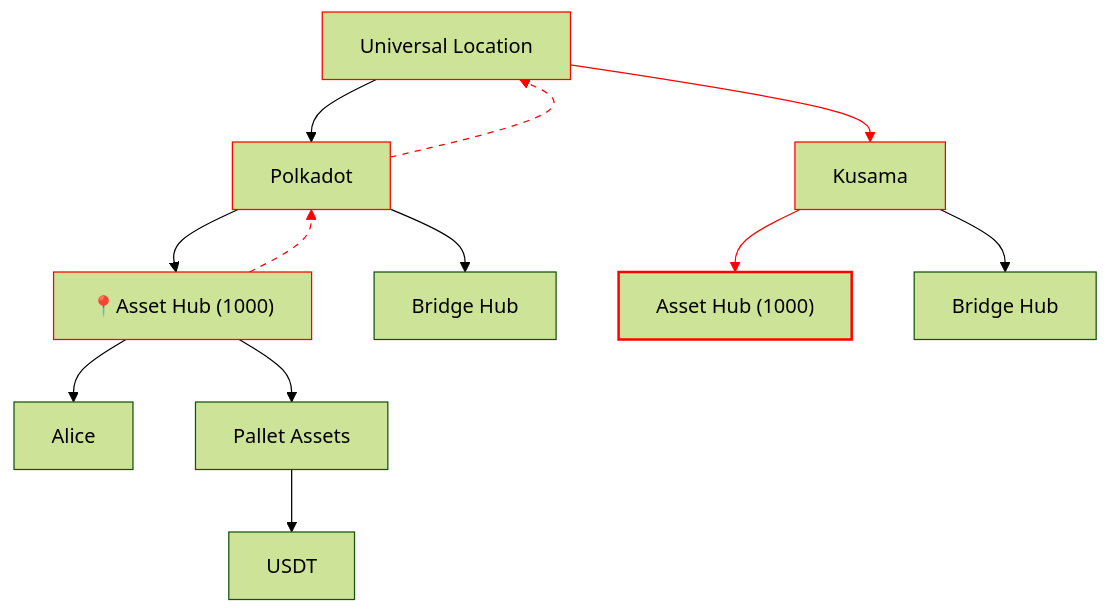
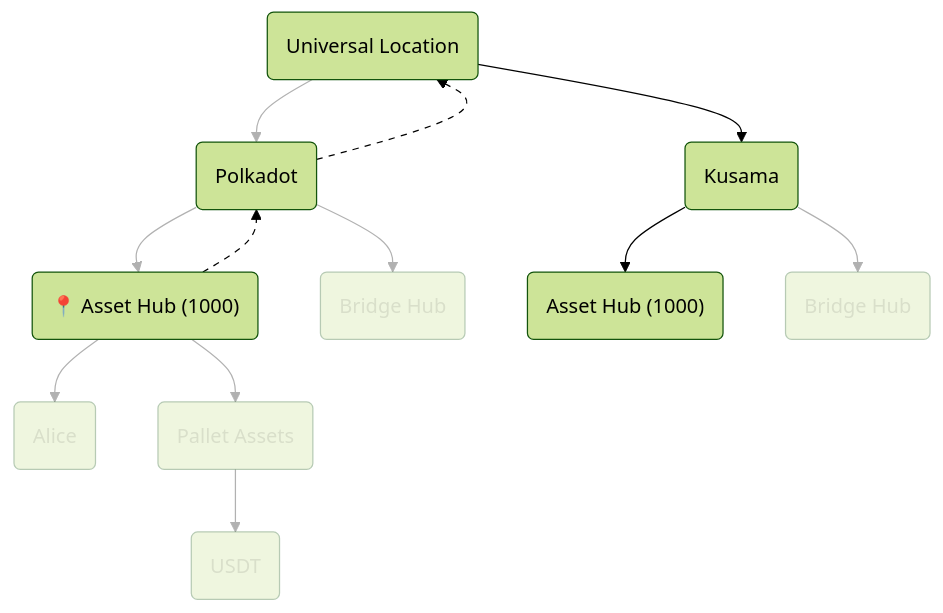
Before and after one commit to Polkadot-Blockchain-Academy/pba-content: diagram 12 of 20 in syllabus/7-XCM/1-Core_Concepts_of_XCM/Core_Concepts_of_XCM_slides.md, drawn with Mermaid (forest theme). The commit also changed other lines of this file and 1 other file, not shown here.

Commit message:
Change mermaidjs theme

````diff
--- a/syllabus/7-XCM/1-Core_Concepts_of_XCM/Core_Concepts_of_XCM_slides.md
+++ b/syllabus/7-XCM/1-Core_Concepts_of_XCM/Core_Concepts_of_XCM_slides.md
@@ -502,23 +516,24 @@
 ```mermaid
 graph TD
-    Universe[Universal Location]-->Polkadot
-    Universe-->Kusama
-    Polkadot-->PolkaA["📍Asset Hub (1000)"]
-    Polkadot-->PolkaB[Bridge Hub]
-    PolkaA-->Alice
-    PolkaA-->AssetsPallet[Pallet Assets]
-    AssetsPallet-->Asset[USDT]
-    Kusama-->KusamA["Asset Hub (1000)"]
-    Kusama-->KusamB[Bridge Hub]
+    Universe(Universal Location)-->Polkadot(Polkadot)
+    Universe-->Kusama(Kusama)
+    Polkadot-->PolkaA("📍 Asset Hub (1000)")
+    Polkadot-->PolkaB(Bridge Hub):::disabled
+    PolkaA-->Alice(Alice):::disabled
+    PolkaA-->AssetsPallet(Pallet Assets):::disabled
+    AssetsPallet-->Asset(USDT):::disabled
+    Kusama-->KusamA("Asset Hub (1000)")
+    Kusama-->KusamB(Bridge Hub):::disabled
     PolkaA-->Polkadot
     Polkadot-->Universe
-    style PolkaA stroke:red
-    style Polkadot stroke:red
-    style Universe stroke:red
-    style Kusama stroke:red
-    style KusamA stroke:red,stroke-width:2
-    linkStyle 1 stroke:red
-    linkStyle 7 stroke:red
-    linkStyle 9 stroke:red,stroke-dasharray:5
-    linkStyle 10 stroke:red,stroke-dasharray:5
+    linkStyle 0 opacity:0.3
+    linkStyle 2 opacity:0.3
+    linkStyle 3 opacity:0.3
+    linkStyle 4 opacity:0.3
+    linkStyle 5 opacity:0.3
+    linkStyle 6 opacity:0.3
+    linkStyle 8 opacity:0.3
+    linkStyle 9 stroke-dasharray:5
+    linkStyle 10 stroke-dasharray:5
+    classDef disabled opacity:0.3
 ```
````
